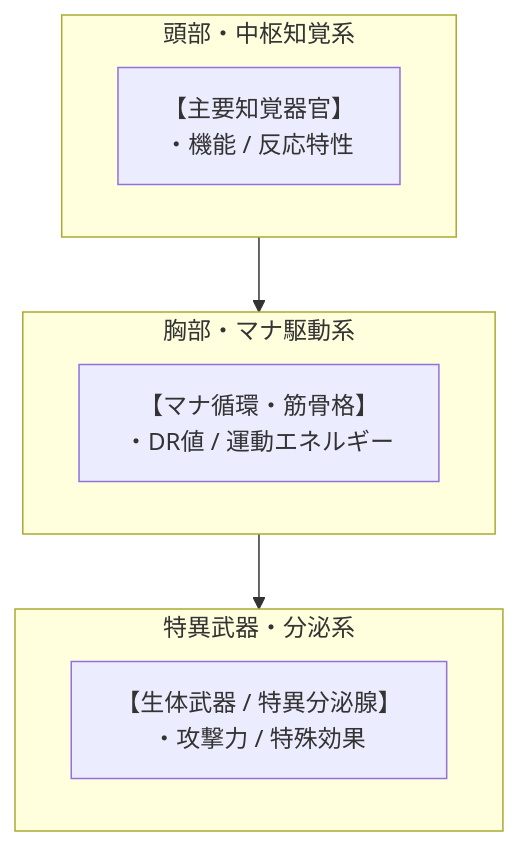
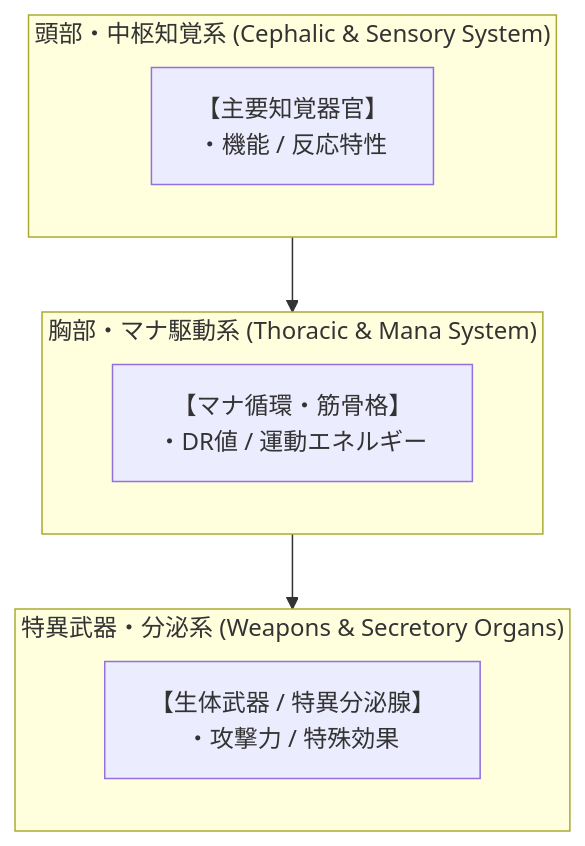
One commit to takenoriohno-cloud/world-building changed the first of 2 diagrams in TEMPLATE.md. Above: the diagram before and after it, drawn with Mermaid. The commit also changed other lines of this file and 17 other files, not shown here.

Commit message:
feature/updateCreature update: 008クラゲと地図機能改修

````diff
--- a/TEMPLATE.md
+++ b/TEMPLATE.md
@@ -47,15 +65,15 @@
 ```mermaid
 flowchart TD
     %% 生体解剖・器官連関構造図（記号は必ずダブルクォーテーションでエスケープ）
-    subgraph CAPUT["頭部・中枢知覚系"]
+    subgraph CAPUT["頭部・中枢知覚系 (Cephalic & Sensory System)"]
         ORG1["【主要知覚器官】<br/>・機能 / 反応特性"]
     end
-    subgraph BODY["胸部・マナ駆動系"]
+    subgraph BODY["胸部・マナ駆動系 (Thoracic & Mana System)"]
         ORG2["【マナ循環・筋骨格】<br/>・DR値 / 運動エネルギー"]
     end
-    subgraph WEAPON["特異武器・分泌系"]
+    subgraph WEAPON["特異武器・分泌系 (Weapons & Secretory Organs)"]
         ORG3["【生体武器 / 特異分泌腺】<br/>・攻撃力 / 特殊効果"]
     end
     CAPUT --> BODY
     BODY --> WEAPON
 ```
````
